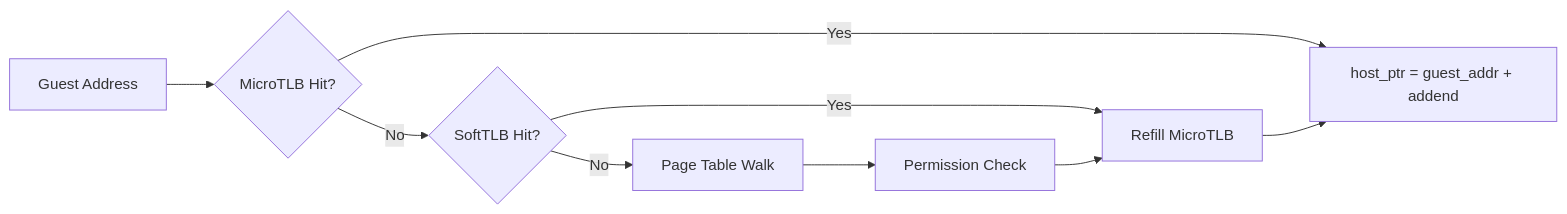
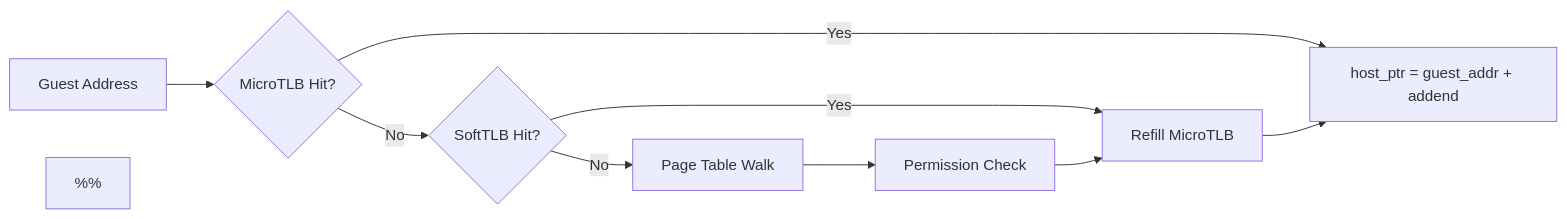
One commit to meokit/meokit.github.io changed the fourth of 7 diagrams in src/data/blog/podish-technique-report.md. Above: the diagram before and after it, drawn with Mermaid. The commit also changed other lines of this file and 4 other files, not shown here.

First line of the commit message:
feat(build): replace rehype-mermaid with astro-mermaid and update Mermaid diagrams

````diff
--- a/src/data/blog/podish-technique-report.md
+++ b/src/data/blog/podish-technique-report.md
@@ -262,11 +271,16 @@
 ```mermaid
 flowchart LR
     A["Guest Address"] --> B{"MicroTLB Hit?"}
-    B -->|Yes| C["host_ptr = guest_addr + addend"]
+    B -->|Yes| C
     B -->|No| D{"SoftTLB Hit?"}
-    D -->|Yes| E["Refill MicroTLB"]
-    D -->|No| F["Page Table Walk"]
-    F --> G["Permission Check"]
+    D -->|Yes| E
+    D -->|No| F
+    F --> G
     G --> E
     E --> C
+    C["host_ptr = guest_addr + addend"]
+    E["Refill MicroTLB"]
+    F["Page Table Walk"]
+    G["Permission Check"]
+%%
 ```
````
